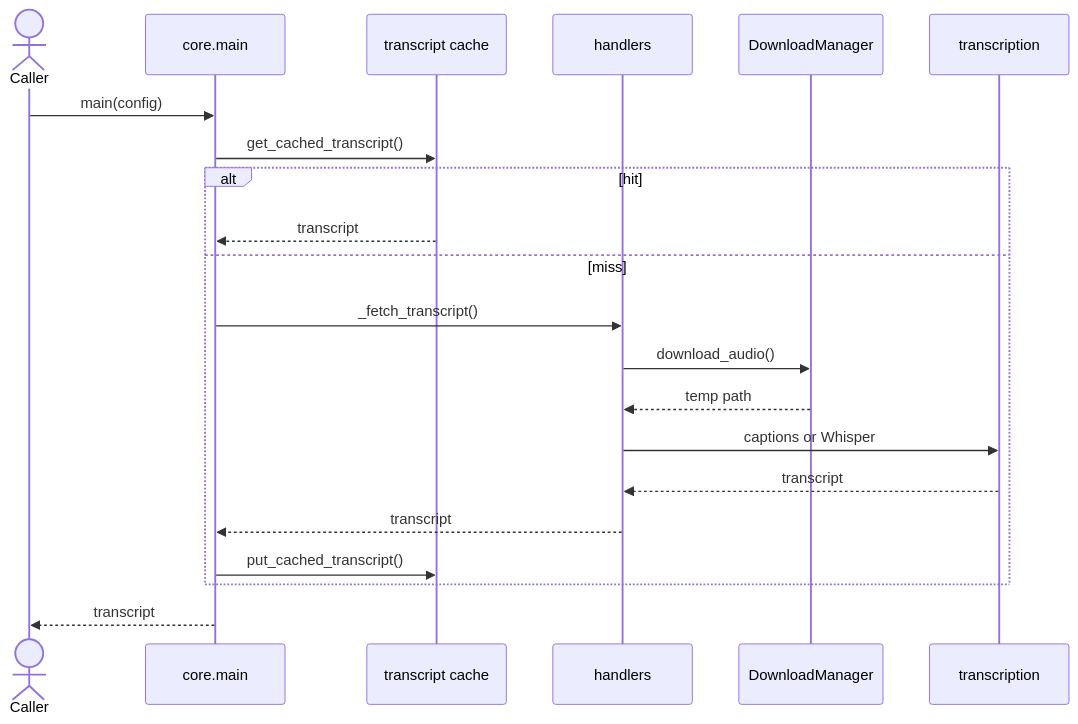
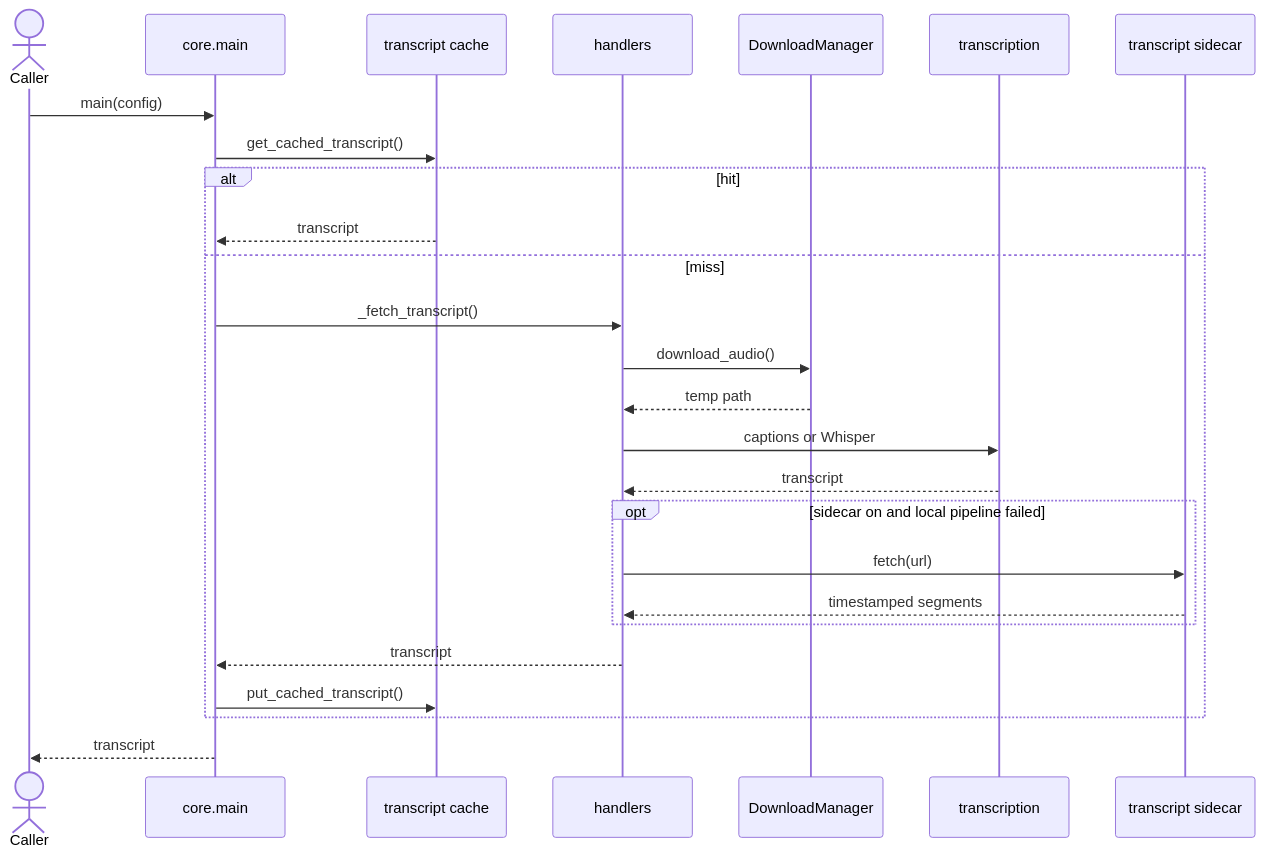
One commit to martinopiaggi/summarize changed the second of 3 diagrams in fern/docs/pages/how-it-works.mdx. Above: the diagram before and after it, drawn with Mermaid. The commit also changed other lines of this file and 10 other files, not shown here.

First line of the commit message:
Document the transcript sidecar and the restyled webapp

````diff
--- a/fern/docs/pages/how-it-works.mdx
+++ b/fern/docs/pages/how-it-works.mdx
@@ -27,23 +28,28 @@
 ```mermaid
 sequenceDiagram
   actor Caller
   participant Core as core.main
   participant Cache as transcript cache
   participant Handlers as handlers
   participant DM as DownloadManager
   participant Trans as transcription
+  participant Side as transcript sidecar
   Caller->>Core: main(config)
   Core->>Cache: get_cached_transcript()
   alt hit
     Cache-->>Core: transcript
   else miss
     Core->>Handlers: _fetch_transcript()
     Handlers->>DM: download_audio()
     DM-->>Handlers: temp path
     Handlers->>Trans: captions or Whisper
     Trans-->>Handlers: transcript
+    opt sidecar on and local pipeline failed
+      Handlers->>Side: fetch(url)
+      Side-->>Handlers: timestamped segments
+    end
     Handlers-->>Core: transcript
     Core->>Cache: put_cached_transcript()
   end
   Core-->>Caller: transcript
 ```
````
